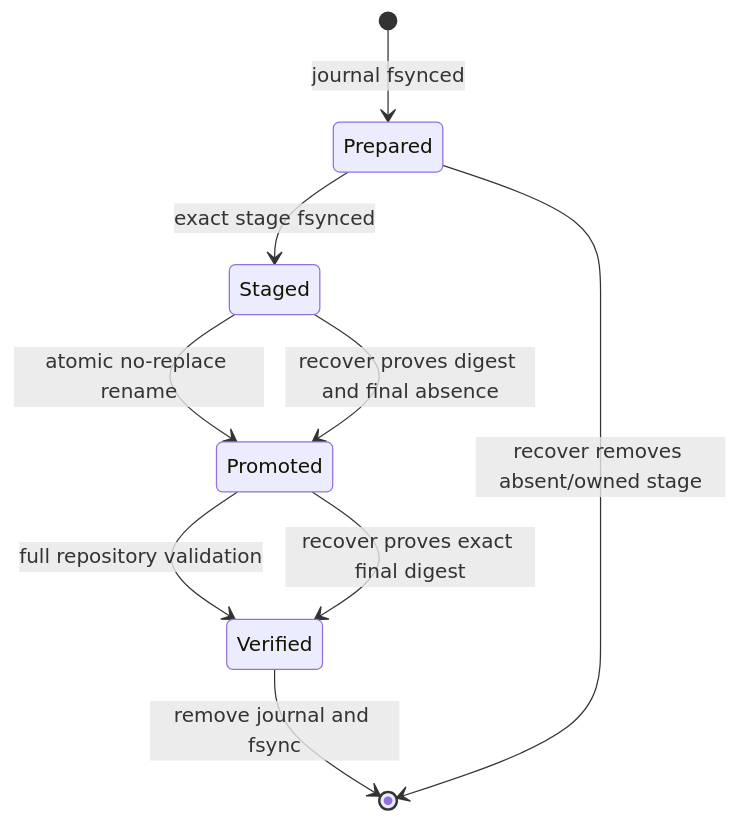
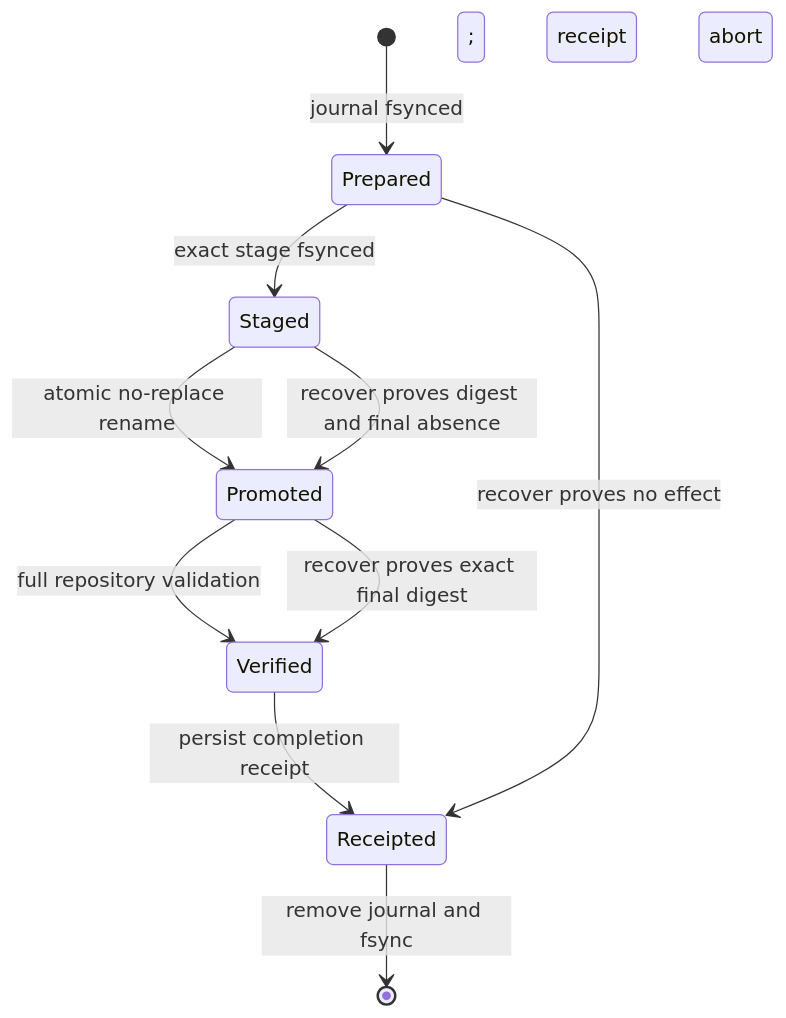
The second of 2 diagrams in docs/plans/5-governed-memory/03-design.md (acoz-labs/my-friday), drawn with Mermaid before and after one commit. The commit also changed other lines of this file and 5 other files, not shown here.

````diff
--- a/docs/plans/5-governed-memory/03-design.md
+++ b/docs/plans/5-governed-memory/03-design.md
@@ -234,11 +318,12 @@
 ```mermaid
 stateDiagram-v2
   [*] --> Prepared: journal fsynced
   Prepared --> Staged: exact stage fsynced
   Staged --> Promoted: atomic no-replace rename
   Promoted --> Verified: full repository validation
-  Verified --> [*]: remove journal and fsync
-  Prepared --> [*]: recover removes absent/owned stage
+  Verified --> Receipted: persist completion receipt
+  Receipted --> [*]: remove journal and fsync
+  Prepared --> Receipted: recover proves no effect; receipt abort
   Staged --> Promoted: recover proves digest and final absence
   Promoted --> Verified: recover proves exact final digest
 ```
````
